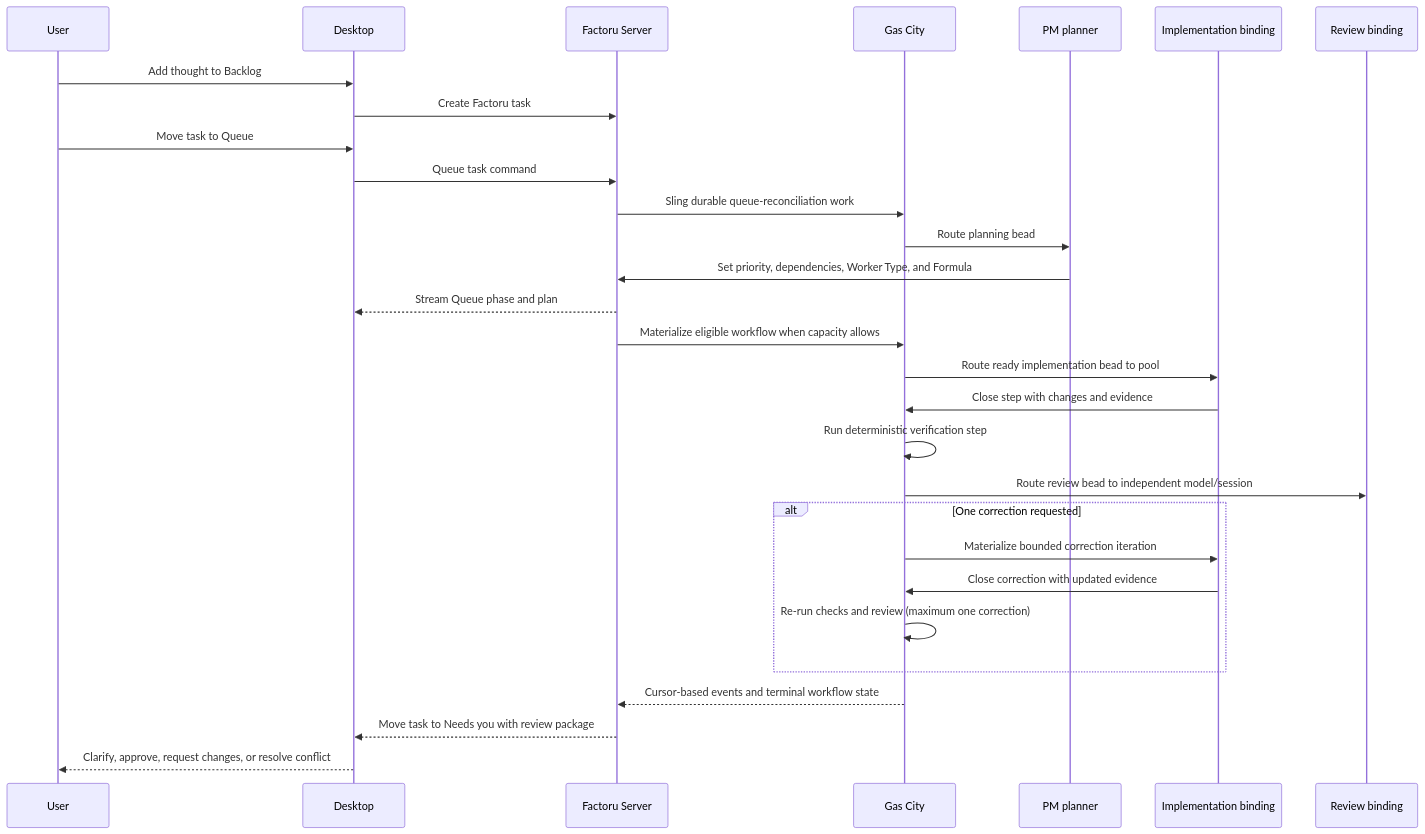
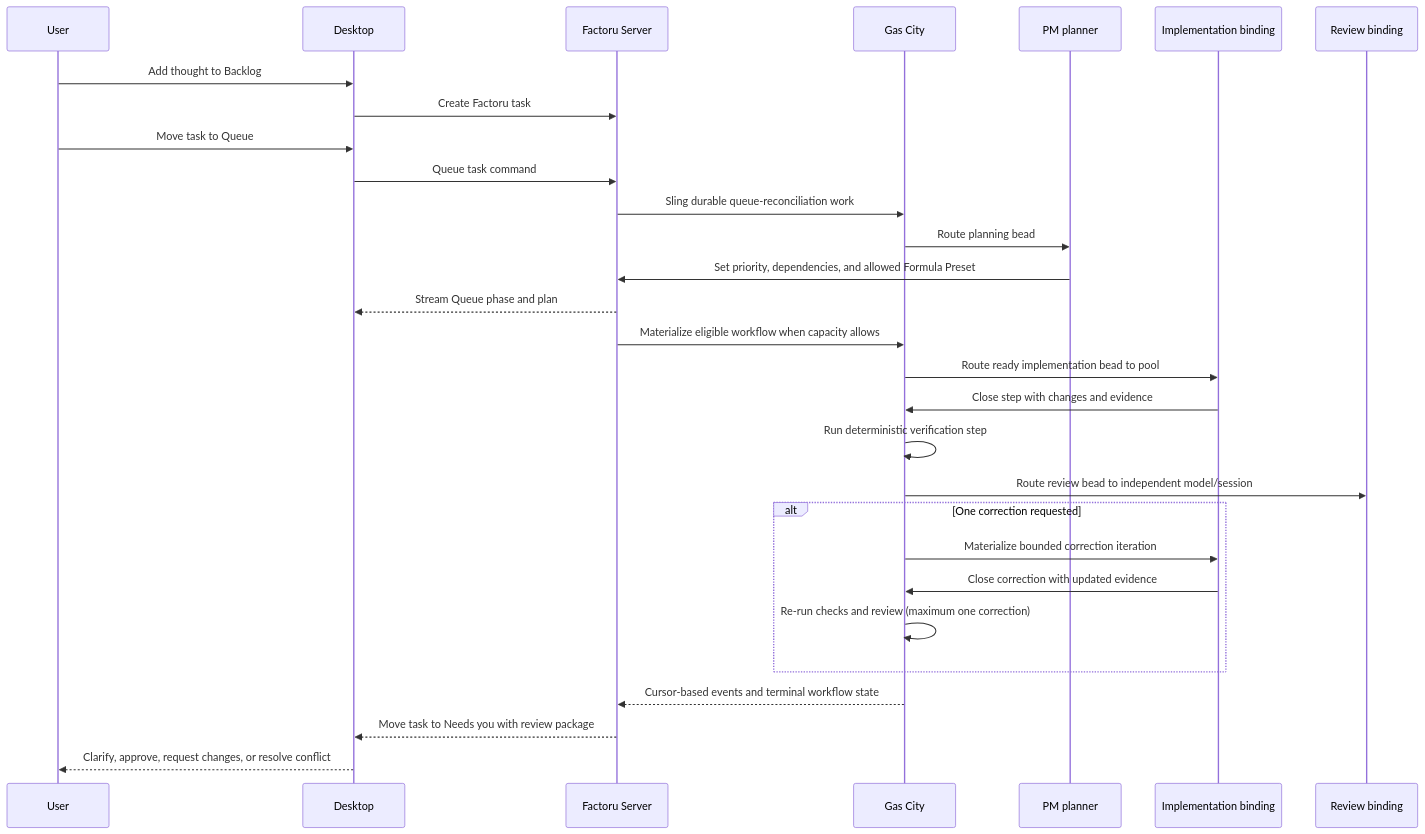
Before and after one commit to RUverse/factoru: the seventh of 8 diagrams in docs/ARCHITECTURE.md, drawn with Mermaid. The commit also changed other lines of this file and 57 other files, not shown here.

````diff
--- a/docs/ARCHITECTURE.md
+++ b/docs/ARCHITECTURE.md
@@ -755,32 +779,32 @@
 ```mermaid
 sequenceDiagram
     participant U as User
     participant D as Desktop
     participant S as Factoru Server
     participant G as Gas City
     participant PM as PM planner
     participant W as Implementation binding
     participant R as Review binding
 
     U->>D: Add thought to Backlog
     D->>S: Create Factoru task
     U->>D: Move task to Queue
     D->>S: Queue task command
     S->>G: Sling durable queue-reconciliation work
     G->>PM: Route planning bead
-    PM->>S: Set priority, dependencies, Worker Type, and Formula
+    PM->>S: Set priority, dependencies, and allowed Formula Preset
     S-->>D: Stream Queue phase and plan
     S->>G: Materialize eligible workflow when capacity allows
     G->>W: Route ready implementation bead to pool
     W->>G: Close step with changes and evidence
     G->>G: Run deterministic verification step
     G->>R: Route review bead to independent model/session
     alt One correction requested
         G->>W: Materialize bounded correction iteration
         W->>G: Close correction with updated evidence
         G->>G: Re-run checks and review (maximum one correction)
     end
     G-->>S: Cursor-based events and terminal workflow state
     S-->>D: Move task to Needs you with review package
     D-->>U: Clarify, approve, request changes, or resolve conflict
 ```
````
